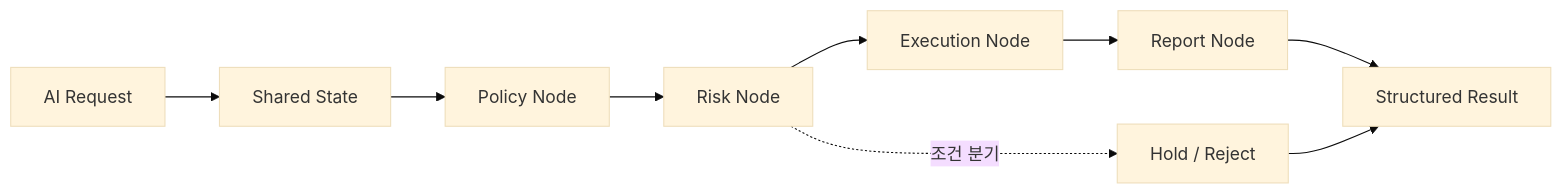
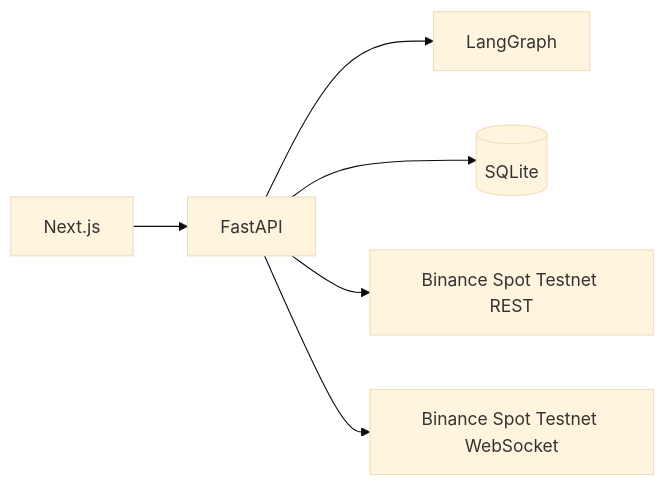
One commit to UpstageAI/sw-maestro-project changed the second of 2 diagrams in PROPOSAL.md. Above: the diagram before and after it, drawn with Mermaid (base theme). The commit also changed other lines of this file and 8 other files, not shown here.

Commit message:
refactor: rewrite docs for Binance Spot Testnet trading flow

````diff
--- a/PROPOSAL.md
+++ b/PROPOSAL.md
@@ -444,11 +186,8 @@
 ```mermaid
 flowchart LR
-    IN[AI Request] --> S[Shared State]
-    S --> N1[Policy Node]
-    N1 --> N2[Risk Node]
-    N2 --> N3[Execution Node]
-    N3 --> N4[Report Node]
-    N4 --> OUT[Structured Result]
-    N2 -.조건 분기.-> HOLD[Hold / Reject]
-    HOLD --> OUT
+    FE[Next.js] --> BE[FastAPI]
+    BE --> AI[LangGraph]
+    BE --> DB[(SQLite)]
+    BE --> REST[Binance Spot Testnet REST]
+    BE --> WS[Binance Spot Testnet WebSocket]
 ```
````
